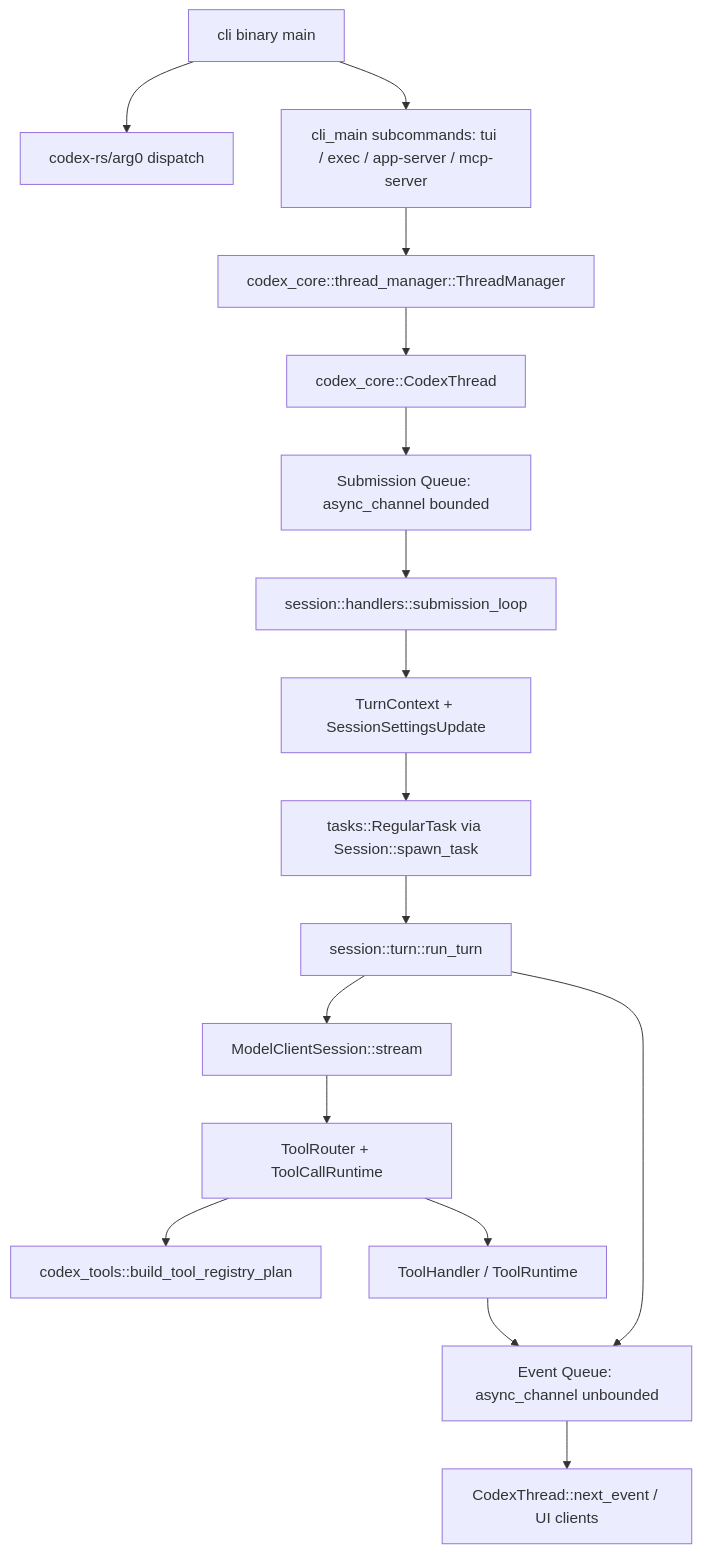
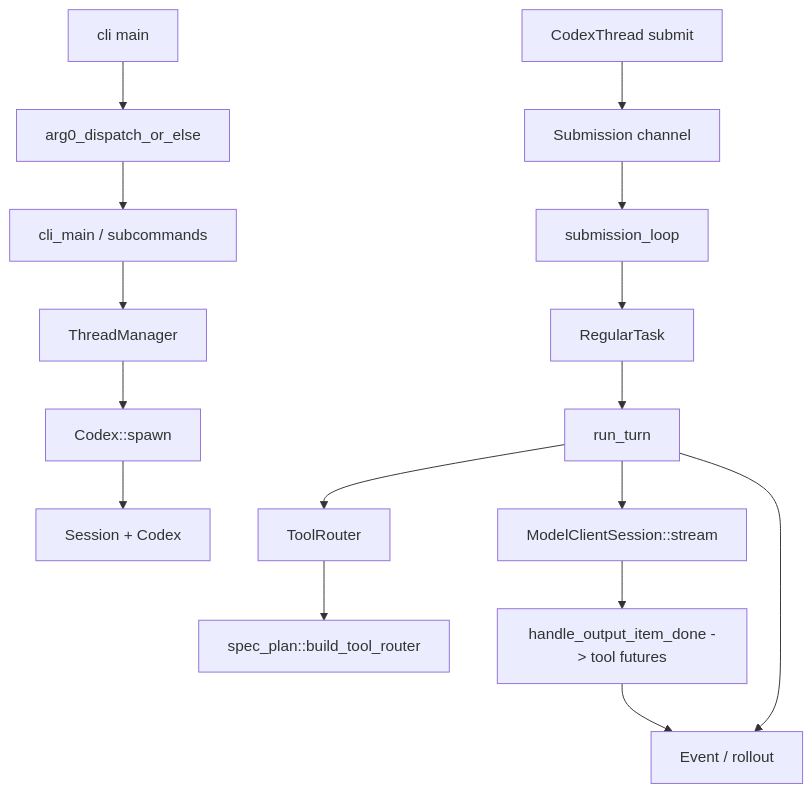
Before and after one commit to wdnmdtonyma/SOTA-Agent-LLM-Wiki: the diagram in docs/llm-wiki/codex/spine/overview.md, drawn with Mermaid. The commit also changed other lines of this file and 188 other files, not shown here.

````diff
--- a/docs/llm-wiki/codex/spine/overview.md
+++ b/docs/llm-wiki/codex/spine/overview.md
@@ -24,19 +23,18 @@
 ```mermaid
 flowchart TD
-    CLI["cli binary main"] --> ARG0["codex-rs/arg0 dispatch"]
-    CLI --> SURFACE["cli_main subcommands: tui / exec / app-server / mcp-server"]
-    SURFACE --> TM["codex_core::thread_manager::ThreadManager"]
-    TM --> THREAD["codex_core::CodexThread"]
-    THREAD --> SQ["Submission Queue: async_channel bounded"]
-    SQ --> LOOP["session::handlers::submission_loop"]
-    LOOP --> TURNCTX["TurnContext + SessionSettingsUpdate"]
-    TURNCTX --> TASK["tasks::RegularTask via Session::spawn_task"]
-    TASK --> TURN["session::turn::run_turn"]
-    TURN --> MODEL["ModelClientSession::stream"]
-    MODEL --> ROUTER["ToolRouter + ToolCallRuntime"]
-    ROUTER --> PLAN["codex_tools::build_tool_registry_plan"]
-    ROUTER --> HANDLER["ToolHandler / ToolRuntime"]
-    HANDLER --> EQ["Event Queue: async_channel unbounded"]
+    CLI["cli main"] --> ARG0["arg0_dispatch_or_else"]
+    ARG0 --> CLI_MAIN["cli_main / subcommands"]
+    CLI_MAIN --> TM["ThreadManager"]
+    TM --> SPAWN["Codex::spawn"]
+    SPAWN --> SESSION["Session + Codex"]
+    CLIENT["CodexThread submit"] --> SQ["Submission channel"]
+    SQ --> LOOP["submission_loop"]
+    LOOP --> TASK["RegularTask"]
+    TASK --> TURN["run_turn"]
+    TURN --> STREAM["ModelClientSession::stream"]
+    TURN --> ROUTER["ToolRouter"]
+    ROUTER --> SPECPLAN["spec_plan::build_tool_router"]
+    STREAM --> TOOLS["handle_output_item_done -> tool futures"]
+    TOOLS --> EQ["Event / rollout"]
     TURN --> EQ
-    EQ --> CLIENT["CodexThread::next_event / UI clients"]
 ```
````
